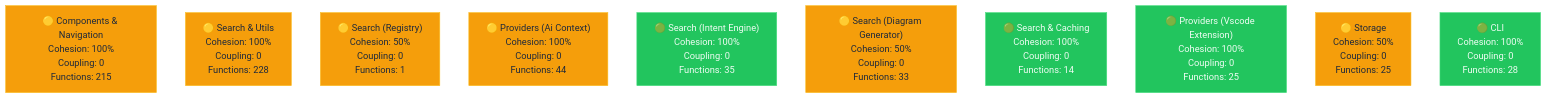
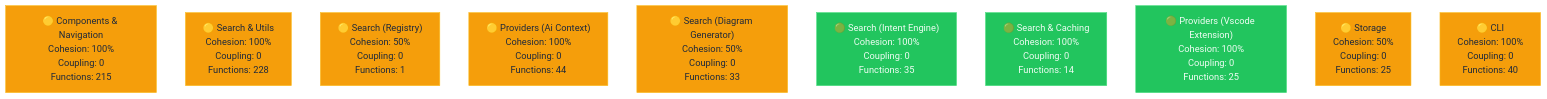
One commit to Ansh-dhanani/mikk changed the diagram in .mikk/diagrams/health.mmd. Above: the diagram before and after it, drawn with Mermaid. The commit also changed 29 other files, not shown here.

```diff
--- a/.mikk/diagrams/health.mmd
+++ b/.mikk/diagrams/health.mmd
@@ -1,28 +1,28 @@
 %%{init: {"theme": "base", "themeVariables": {"primaryColor": "#1e293b", "primaryTextColor": "#e2e8f0", "lineColor": "#64748b", "secondaryColor": "#334155", "tertiaryColor": "#475569", "background": "#0f172a", "mainBkg": "#1e293b", "nodeBorder": "#475569"}}}%%
 graph TD
 
     apps_web_components["🟡 Components & Navigation<br/>Cohesion: 100%<br/>Coupling: 0<br/>Functions: 215"]
     packages_core["🟡 Search & Utils<br/>Cohesion: 100%<br/>Coupling: 0<br/>Functions: 228"]
     apps_registry["🟡 Search (Registry)<br/>Cohesion: 50%<br/>Coupling: 0<br/>Functions: 1"]
     packages_ai_context["🟡 Providers (Ai Context)<br/>Cohesion: 100%<br/>Coupling: 0<br/>Functions: 44"]
+    packages_diagram_generator["🟡 Search (Diagram Generator)<br/>Cohesion: 50%<br/>Coupling: 0<br/>Functions: 33"]
     packages_intent_engine["🟢 Search (Intent Engine)<br/>Cohesion: 100%<br/>Coupling: 0<br/>Functions: 35"]
-    packages_diagram_generator["🟡 Search (Diagram Generator)<br/>Cohesion: 50%<br/>Coupling: 0<br/>Functions: 33"]
     packages_mcp_server["🟢 Search & Caching<br/>Cohesion: 100%<br/>Coupling: 0<br/>Functions: 14"]
     packages_vscode_extension["🟢 Providers (Vscode Extension)<br/>Cohesion: 100%<br/>Coupling: 0<br/>Functions: 25"]
     packages_watcher["🟡 Storage<br/>Cohesion: 50%<br/>Coupling: 0<br/>Functions: 25"]
-    packages_cli["🟢 CLI<br/>Cohesion: 100%<br/>Coupling: 0<br/>Functions: 28"]
+    packages_cli["🟡 CLI<br/>Cohesion: 100%<br/>Coupling: 0<br/>Functions: 40"]
 
     classDef healthy fill:#22c55e,stroke:#4ade80,color:#f0fdf4
     classDef warning fill:#f59e0b,stroke:#fbbf24,color:#1e293b
     classDef critical fill:#ef4444,stroke:#f87171,color:#fef2f2
 
     class apps_web_components warning
     class packages_core warning
     class apps_registry warning
     class packages_ai_context warning
+    class packages_diagram_generator warning
     class packages_intent_engine healthy
-    class packages_diagram_generator warning
     class packages_mcp_server healthy
     class packages_vscode_extension healthy
     class packages_watcher warning
-    class packages_cli healthy
+    class packages_cli warning
```
